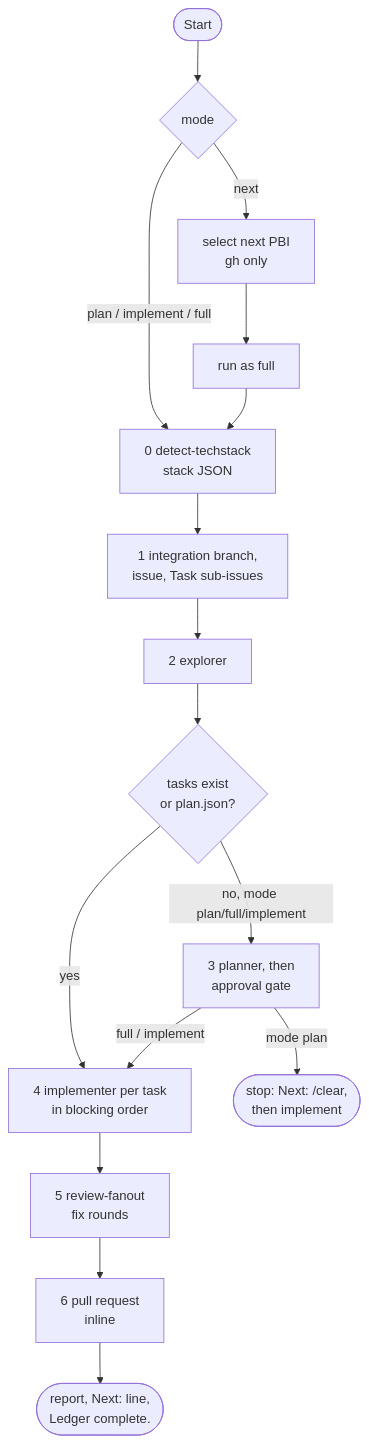
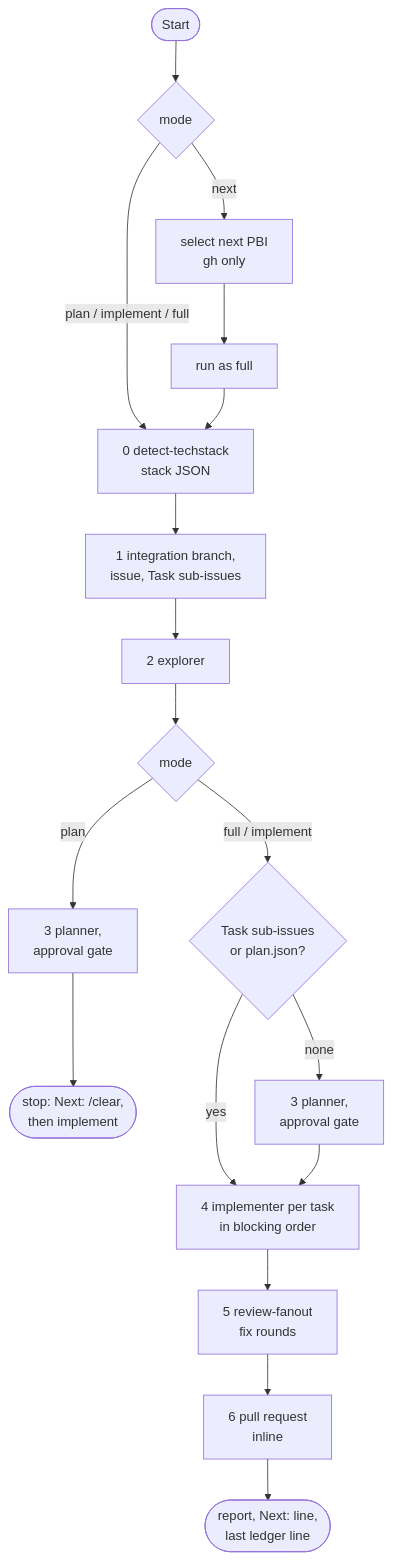
One commit to GravionLabs/apm-hub changed the second of 5 diagrams in docs/concepts/orchestrator.md. Above: the diagram before and after it, drawn with Mermaid. The commit also changed other lines of this file, not shown here.

````diff
--- a/docs/concepts/orchestrator.md
+++ b/docs/concepts/orchestrator.md
@@ -39,18 +39,20 @@
 ```mermaid
 flowchart TD
     S([Start]) --> M{"mode"}
     M -->|"next"| SEL["select next PBI<br/>gh only"]
     SEL --> F["run as full"]
     M -->|"plan / implement / full"| S0["0 detect-techstack<br/>stack JSON"]
     F --> S0
     S0 --> S1["1 integration branch,<br/>issue, Task sub-issues"]
     S1 --> S2["2 explorer"]
-    S2 --> S3{"tasks exist<br/>or plan.json?"}
-    S3 -->|"no, mode plan/full/implement"| PL["3 planner, then<br/>approval gate"]
-    S3 -->|"yes"| S4
-    PL -->|"mode plan"| END1(["stop: Next: /clear,<br/>then implement"])
-    PL -->|"full / implement"| S4["4 implementer per task<br/>in blocking order"]
+    S2 --> MD{"mode"}
+    MD -->|"plan"| PL["3 planner,<br/>approval gate"]
+    PL --> END1(["stop: Next: /clear,<br/>then implement"])
+    MD -->|"full / implement"| T{"Task sub-issues<br/>or plan.json?"}
+    T -->|"none"| PL2["3 planner,<br/>approval gate"]
+    T -->|"yes"| S4
+    PL2 --> S4["4 implementer per task<br/>in blocking order"]
     S4 --> S5["5 review-fanout<br/>fix rounds"]
     S5 --> S6["6 pull request<br/>inline"]
-    S6 --> END2(["report, Next: line,<br/>Ledger complete."])
+    S6 --> END2(["report, Next: line,<br/>last ledger line"])
 ```
````
